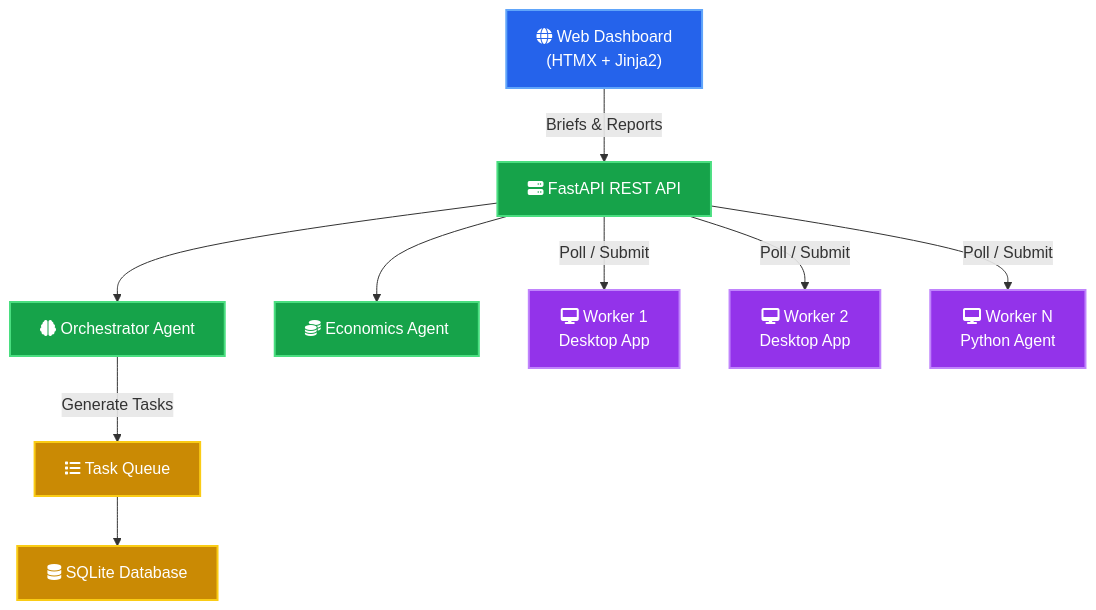
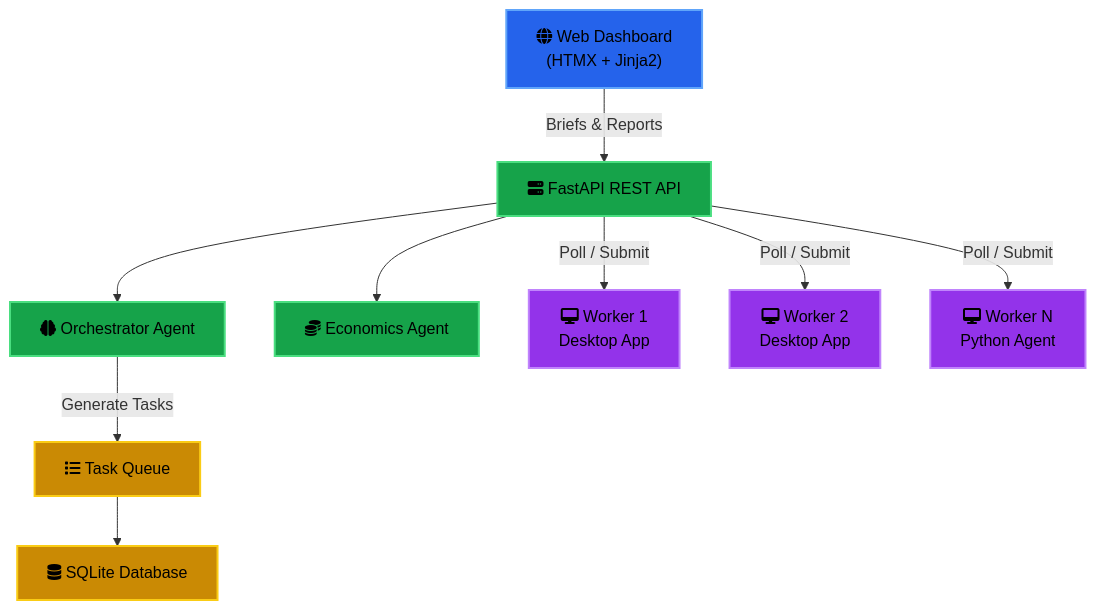
One commit to xeeva/XeeNet changed the first of 2 diagrams in docs/architecture.md. Above: the diagram before and after it, drawn with Mermaid. The commit also changed other lines of this file and 4 other files, not shown here.

First line of the commit message:
Force black text in Mermaid nodes via theme config and inline styles

```diff
--- a/docs/architecture.md
+++ b/docs/architecture.md
@@ -21,33 +21,33 @@
   <div class="mermaid">
   graph TB
     WEB["fa:fa-globe Web Dashboard<br/>(HTMX + Jinja2)"]
 
     API["fa:fa-server FastAPI REST API"]
     ORC["fa:fa-brain Orchestrator Agent"]
     ECON["fa:fa-coins Economics Agent"]
     QUEUE["fa:fa-list Task Queue"]
     DB["fa:fa-database SQLite Database"]
 
     W1["fa:fa-desktop Worker 1<br/>Desktop App"]
     W2["fa:fa-desktop Worker 2<br/>Desktop App"]
     W3["fa:fa-desktop Worker N<br/>Python Agent"]
 
     WEB -->|"Briefs & Reports"| API
     API --> ORC
     API --> ECON
     ORC -->|"Generate Tasks"| QUEUE
     QUEUE --> DB
     API -->|"Poll / Submit"| W1
     API -->|"Poll / Submit"| W2
     API -->|"Poll / Submit"| W3
 
-    style WEB fill:#2563eb,stroke:#60a5fa,stroke-width:2px,color:#fff
-    style API fill:#16a34a,stroke:#4ade80,stroke-width:2px,color:#fff
-    style ORC fill:#16a34a,stroke:#4ade80,stroke-width:2px,color:#fff
-    style ECON fill:#16a34a,stroke:#4ade80,stroke-width:2px,color:#fff
-    style QUEUE fill:#ca8a04,stroke:#facc15,stroke-width:2px,color:#fff
-    style DB fill:#ca8a04,stroke:#facc15,stroke-width:2px,color:#fff
-    style W1 fill:#9333ea,stroke:#c084fc,stroke-width:2px,color:#fff
-    style W2 fill:#9333ea,stroke:#c084fc,stroke-width:2px,color:#fff
-    style W3 fill:#9333ea,stroke:#c084fc,stroke-width:2px,color:#fff
+    style WEB fill:#2563eb,stroke:#60a5fa,stroke-width:2px,color:#000
+    style API fill:#16a34a,stroke:#4ade80,stroke-width:2px,color:#000
+    style ORC fill:#16a34a,stroke:#4ade80,stroke-width:2px,color:#000
+    style ECON fill:#16a34a,stroke:#4ade80,stroke-width:2px,color:#000
+    style QUEUE fill:#ca8a04,stroke:#facc15,stroke-width:2px,color:#000
+    style DB fill:#ca8a04,stroke:#facc15,stroke-width:2px,color:#000
+    style W1 fill:#9333ea,stroke:#c084fc,stroke-width:2px,color:#000
+    style W2 fill:#9333ea,stroke:#c084fc,stroke-width:2px,color:#000
+    style W3 fill:#9333ea,stroke:#c084fc,stroke-width:2px,color:#000
   </div>
```
